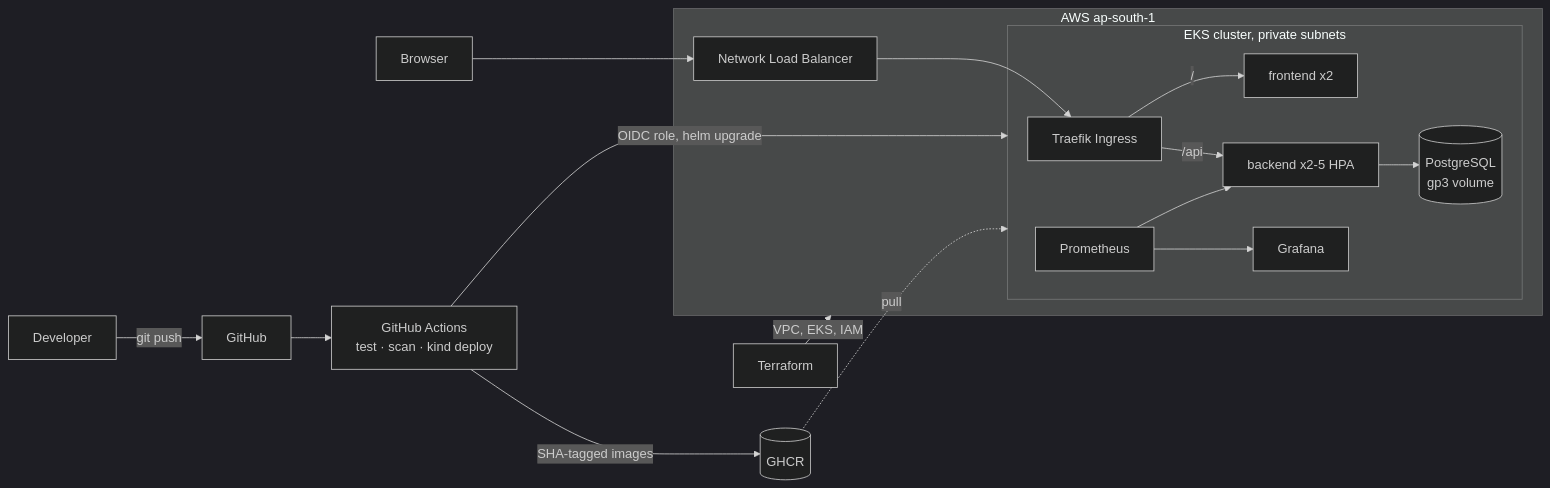
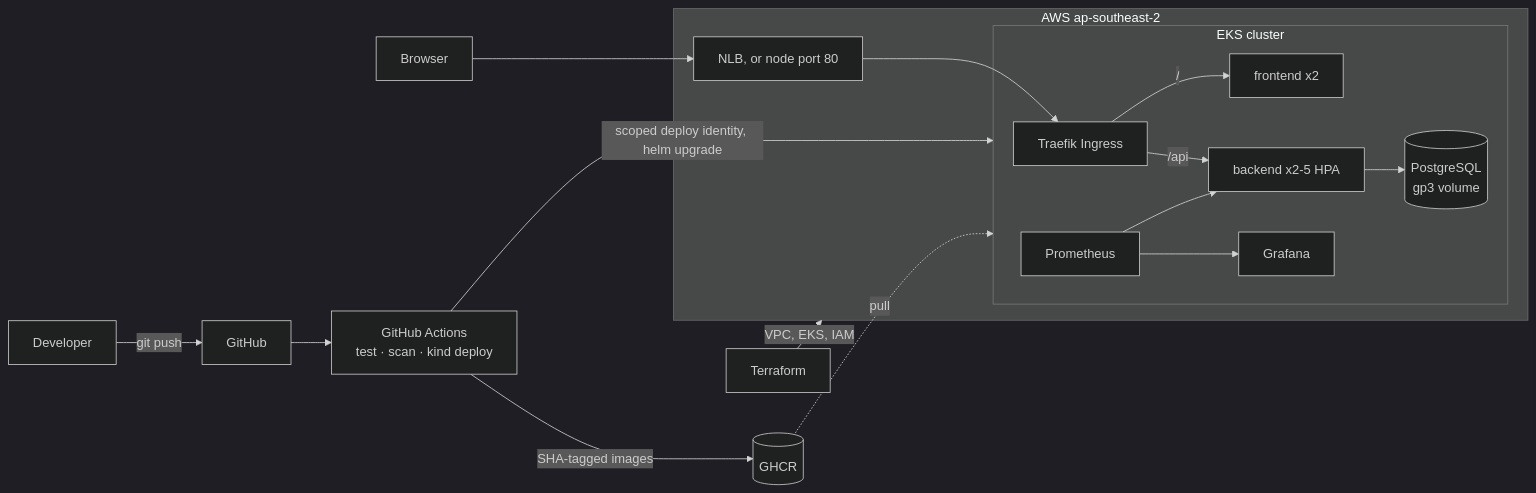
Before and after one commit to sanaa-duhh/Seatlock_Devops: the diagram in README.md, drawn with Mermaid (dark theme). The commit also changed other lines of this file and 2 other files, not shown here.

Commit message:
Document ingress and deploy-auth modes and AWS account guardrails

````diff
--- a/README.md
+++ b/README.md
@@ -39,20 +41,20 @@
 ```mermaid
 flowchart LR
     Dev[Developer] -->|git push| GH[GitHub]
     GH --> CI[GitHub Actions<br/>test · scan · kind deploy]
     CI -->|SHA-tagged images| GHCR[(GHCR)]
-    CI -->|OIDC role, helm upgrade| EKS
+    CI -->|scoped deploy identity, helm upgrade| EKS
     TF[Terraform] -->|VPC, EKS, IAM| AWS
-    subgraph AWS [AWS ap-south-1]
-      subgraph EKS [EKS cluster, private subnets]
+    subgraph AWS [AWS ap-southeast-2]
+      subgraph EKS [EKS cluster]
         Ingress[Traefik Ingress] -->|/| FE[frontend x2]
         Ingress -->|/api| BE[backend x2-5 HPA]
         BE --> PG[(PostgreSQL<br/>gp3 volume)]
         Prom[Prometheus] --> BE
         Prom --> Graf[Grafana]
       end
-      NLB[Network Load Balancer] --> Ingress
+      NLB[NLB, or node port 80] --> Ingress
     end
     GHCR -.->|pull| EKS
     User[Browser] --> NLB
 ```
````
